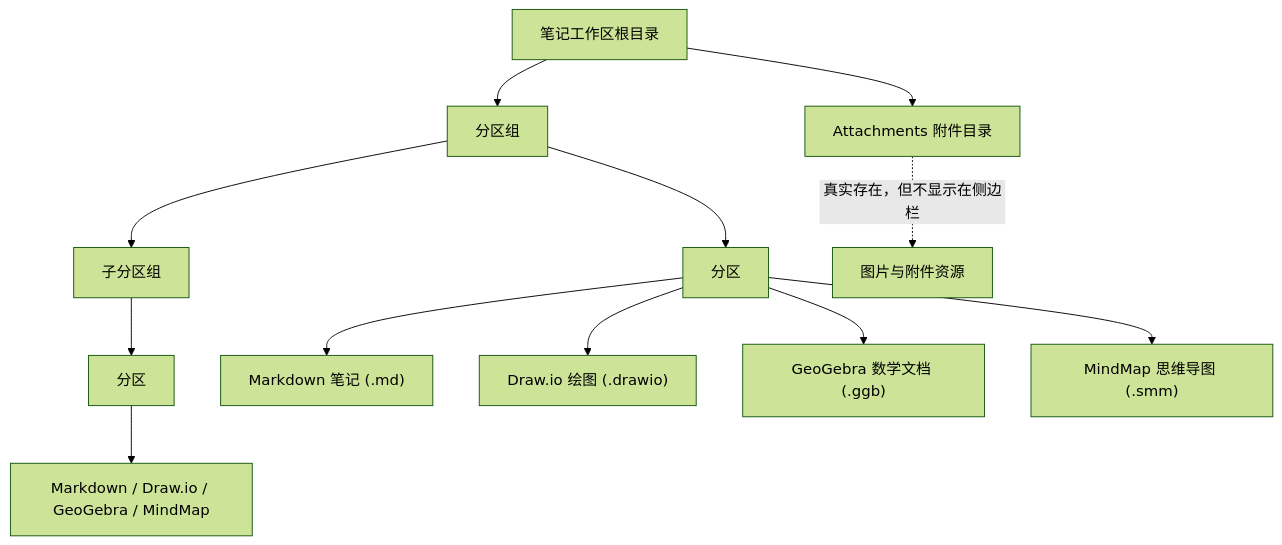
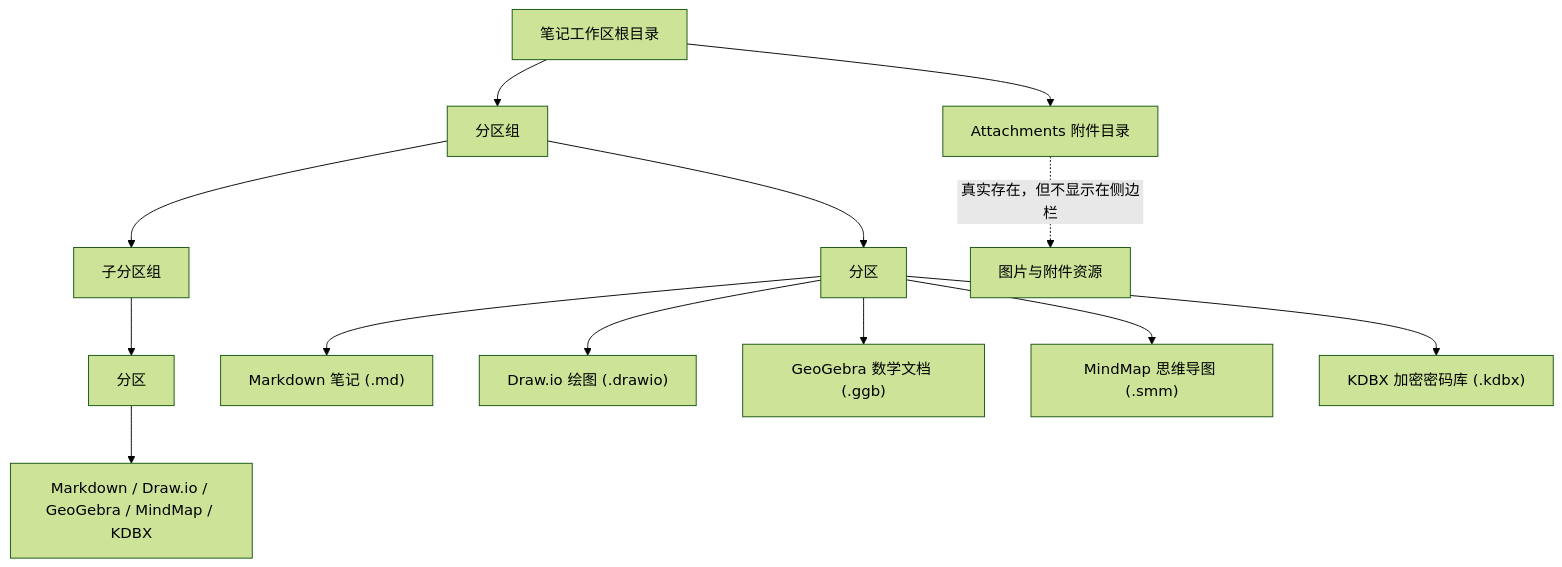
One commit to scott20201225/marknote-pro changed the first of 2 diagrams in README.md. Above: the diagram before and after it, drawn with Mermaid (forest theme). The commit also changed other lines of this file and 1 other file, not shown here.

Commit message:
docs: align MarkTextPro KDBX capability description

````diff
--- a/README.md
+++ b/README.md
@@ -142,15 +143,16 @@
 ```mermaid
 flowchart TD
   Root["笔记工作区根目录"] --> Group["分区组"]
   Group --> SubGroup["子分区组"]
   Group --> Area["分区"]
   SubGroup --> Area2["分区"]
   Area --> Note["Markdown 笔记 (.md)"]
   Area --> Drawio["Draw.io 绘图 (.drawio)"]
   Area --> GGB["GeoGebra 数学文档 (.ggb)"]
   Area --> SMM["MindMap 思维导图 (.smm)"]
-  Area2 --> Note2["Markdown / Draw.io / GeoGebra / MindMap"]
+  Area --> KDBX["KDBX 加密密码库 (.kdbx)"]
+  Area2 --> Note2["Markdown / Draw.io / GeoGebra / MindMap / KDBX"]
   Root --> Attach["Attachments 附件目录"]
 
   Attach -. "真实存在，但不显示在侧边栏" .-> Hidden["图片与附件资源"]
 ```
````
